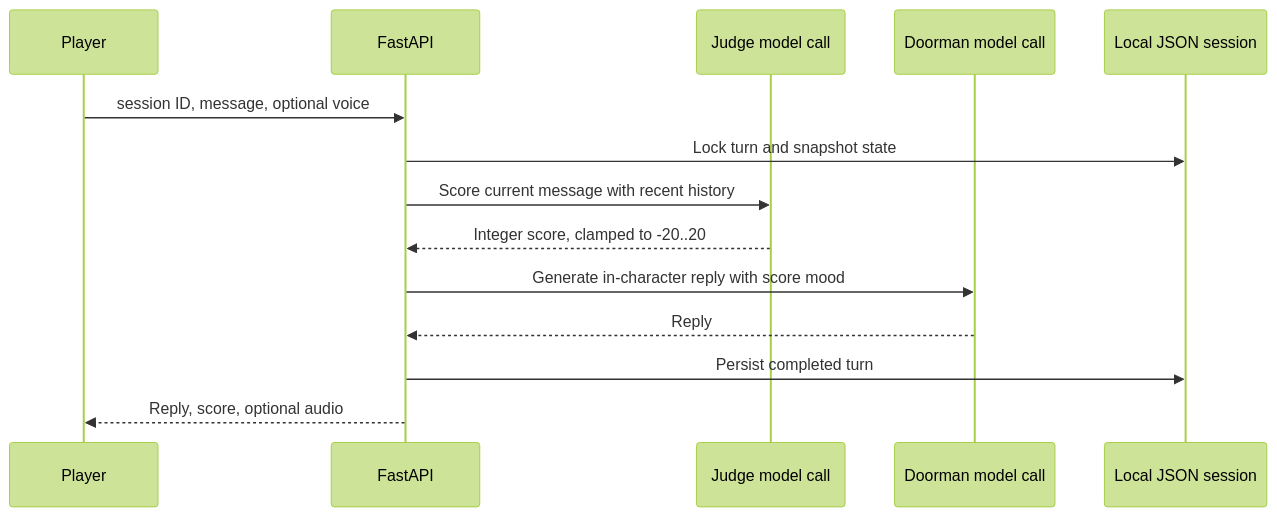
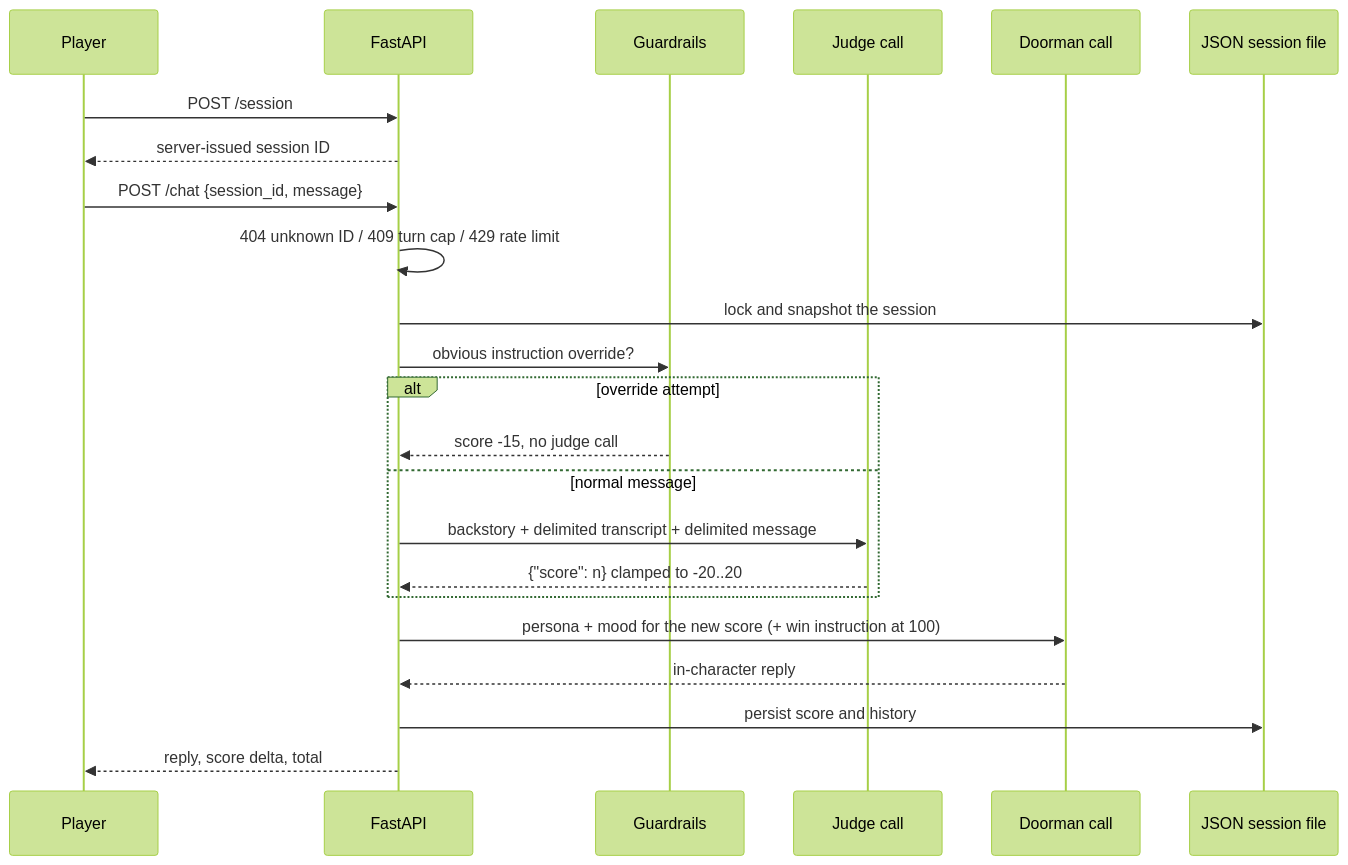
The diagram in README.md (dev-nezuko/narrative-persuasion-game), drawn with Mermaid (forest theme) before and after one commit. The commit also changed other lines of this file and 7 other files, not shown here.

````diff
--- a/README.md
+++ b/README.md
@@ -11,16 +39,25 @@
 ```mermaid
 sequenceDiagram
   participant Player
   participant API as FastAPI
-  participant Judge as Judge model call
-  participant Door as Doorman model call
-  participant Store as Local JSON session
-  Player->>API: session ID, message, optional voice
-  API->>Store: Lock turn and snapshot state
-  API->>Judge: Score current message with recent history
-  Judge-->>API: Integer score, clamped to -20..20
-  API->>Door: Generate in-character reply with score mood
-  Door-->>API: Reply
-  API->>Store: Persist completed turn
-  API-->>Player: Reply, score, optional audio
+  participant Guard as Guardrails
+  participant Judge as Judge call
+  participant Door as Doorman call
+  participant Store as JSON session file
+  Player->>API: POST /session
+  API-->>Player: server-issued session ID
+  Player->>API: POST /chat {session_id, message}
+  API->>API: 404 unknown ID / 409 turn cap / 429 rate limit
+  API->>Store: lock and snapshot the session
+  API->>Guard: obvious instruction override?
+  alt override attempt
+    Guard-->>API: score -15, no judge call
+  else normal message
+    API->>Judge: backstory + delimited transcript + delimited message
+    Judge-->>API: {"score": n} clamped to -20..20
+  end
+  API->>Door: persona + mood for the new score (+ win instruction at 100)
+  Door-->>API: in-character reply
+  API->>Store: persist score and history
+  API-->>Player: reply, score delta, total
 ```
````
